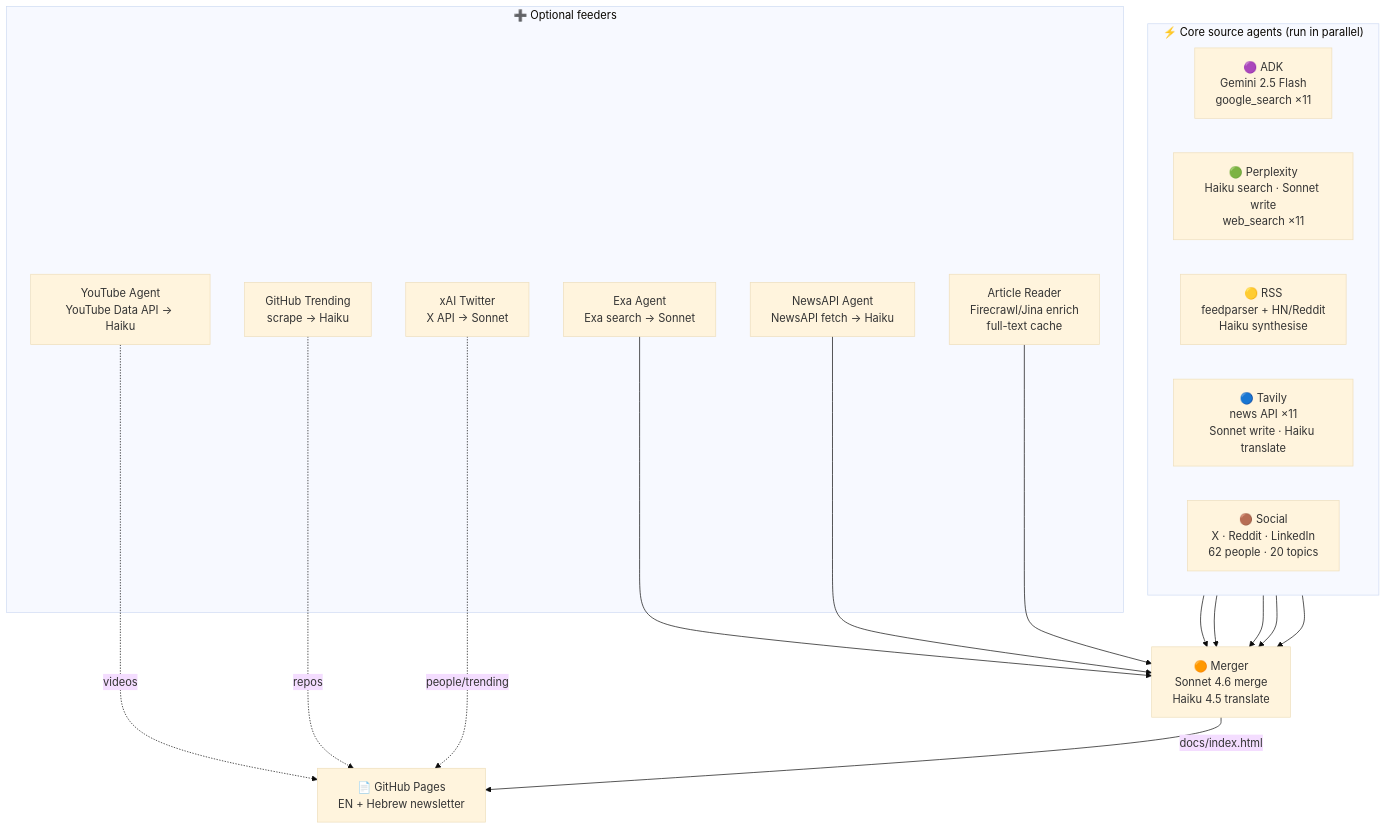
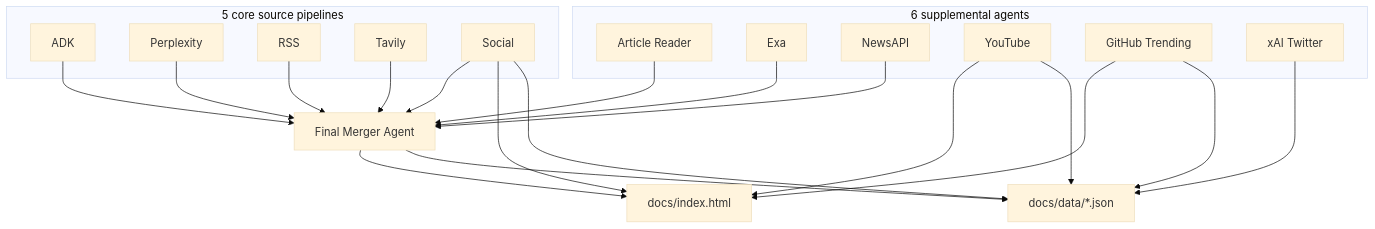
Before and after one commit to kobyal/ai-news-briefing: the first of 15 diagrams in README.md, drawn with Mermaid (base theme). The commit also changed other lines of this file, not shown here.

Commit message:
docs: rewrite README for current 11-agent architecture

````diff
--- a/README.md
+++ b/README.md
@@ -65,30 +47,39 @@
 ```mermaid
 flowchart TD
-    subgraph core["⚡ Core source agents (run in parallel)"]
-        direction LR
-        A["🟣 ADK\nGemini 2.5 Flash\ngoogle_search ×11"]
-        B["🟢 Perplexity\nHaiku search · Sonnet write\nweb_search ×11"]
-        C["🟡 RSS\nfeedparser + HN/Reddit\nHaiku synthesise"]
-        D["🔵 Tavily\nnews API ×11\nSonnet write · Haiku translate"]
-        E["🟤 Social\nX · Reddit · LinkedIn\n62 people · 20 topics"]
+    subgraph core["5 core source pipelines"]
+        A["ADK"]
+        B["Perplexity"]
+        C["RSS"]
+        D["Tavily"]
+        E["Social"]
     end
 
-    subgraph extras["➕ Optional feeders"]
-        X["Exa Agent\nExa search → Sonnet"]
-        N["NewsAPI Agent\nNewsAPI fetch → Haiku"]
-        Y["YouTube Agent\nYouTube Data API → Haiku"]
-        G["GitHub Trending\nscrape → Haiku"]
-        T["xAI Twitter\nX API → Sonnet"]
-        R["Article Reader\nFirecrawl/Jina enrich\nfull-text cache"]
+    subgraph extra["6 supplemental agents"]
+        F["Article Reader"]
+        G["Exa"]
+        H["NewsAPI"]
+        I["YouTube"]
+        J["GitHub Trending"]
+        K["xAI Twitter"]
     end
 
-    A & B & C & D & E --> M
-    X & N --> M
-    R --> M
-    Y -. videos .-> P
-    G -. repos .-> P
-    T -. people/trending .-> P
+    A --> M
+    B --> M
+    C --> M
+    D --> M
+    E --> M
+    G --> M
+    H --> M
+    F --> M
 
-    M["🟠 Merger\nSonnet 4.6 merge\nHaiku 4.5 translate"]
-    M -->|docs/index.html| P["📄 GitHub Pages\nEN + Hebrew newsletter"]
+    E --> P
+    I --> P
+    J --> P
+    K --> D2["docs/data/*.json"]
+
+    M["Final Merger Agent"] --> P["docs/index.html"]
+    M --> D2
+    E --> D2
+    I --> D2
+    J --> D2
 ```
````
